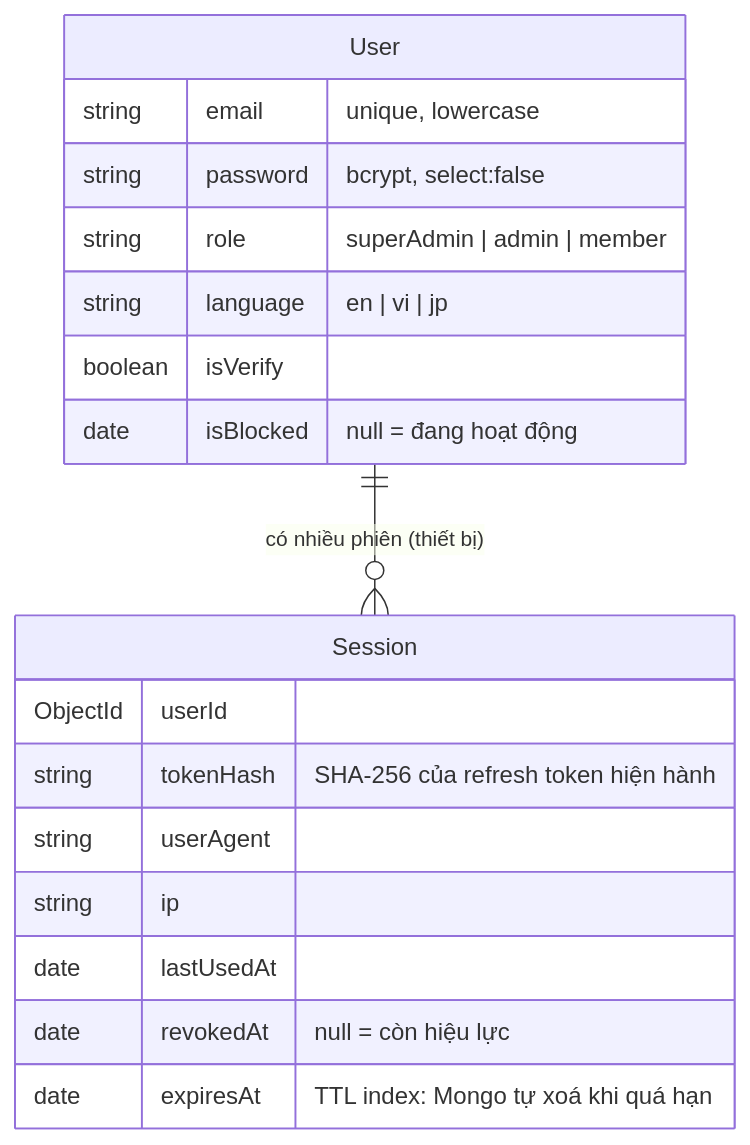
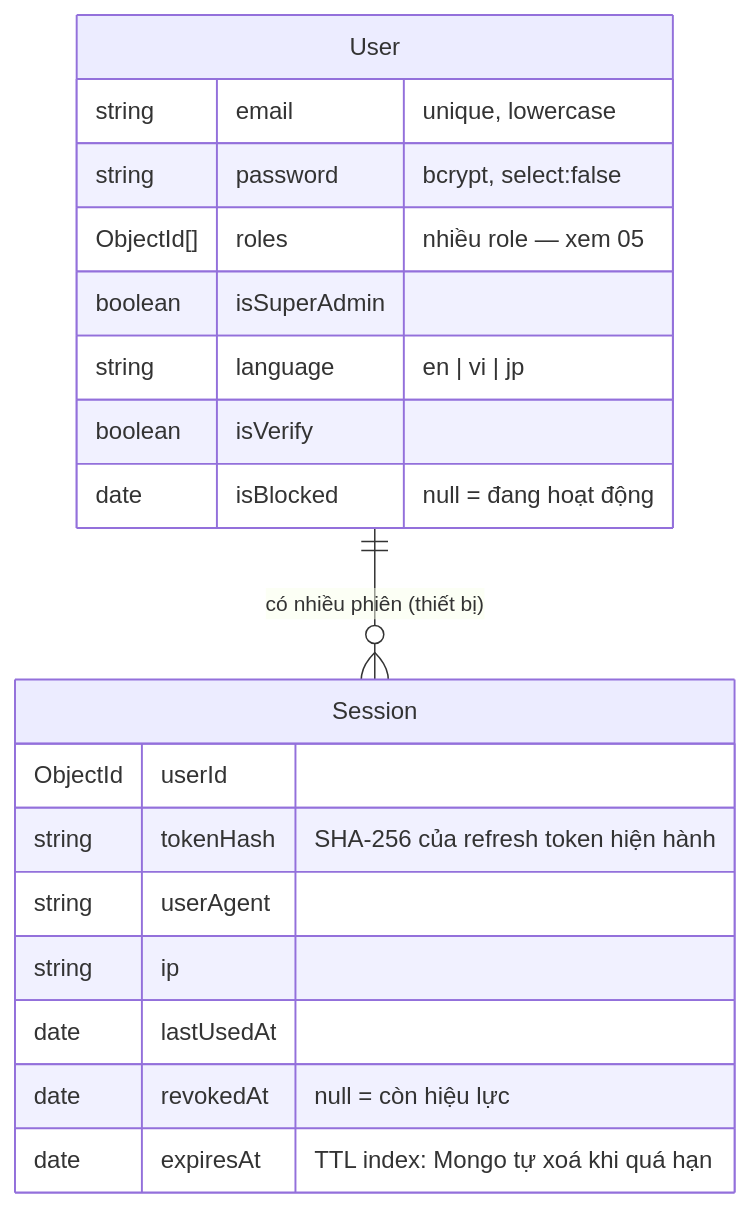
Before and after one commit to hoangnm-ndm/TienThanh-NodeJS: the first of 2 diagrams in docs/04-xac-thuc.md, drawn with Mermaid. The commit also changed other lines of this file and 10 other files, not shown here.

````diff
--- a/docs/04-xac-thuc.md
+++ b/docs/04-xac-thuc.md
@@ -9,21 +9,22 @@
 ```mermaid
 erDiagram
   User ||--o{ Session : "có nhiều phiên (thiết bị)"
   User {
     string email "unique, lowercase"
     string password "bcrypt, select:false"
-    string role "superAdmin | admin | member"
+    ObjectId[] roles "nhiều role — xem 05"
+    boolean isSuperAdmin
     string language "en | vi | jp"
     boolean isVerify
     date isBlocked "null = đang hoạt động"
   }
   Session {
     ObjectId userId
     string tokenHash "SHA-256 của refresh token hiện hành"
     string userAgent
     string ip
     date lastUsedAt
     date revokedAt "null = còn hiệu lực"
     date expiresAt "TTL index: Mongo tự xoá khi quá hạn"
   }
 ```
````
